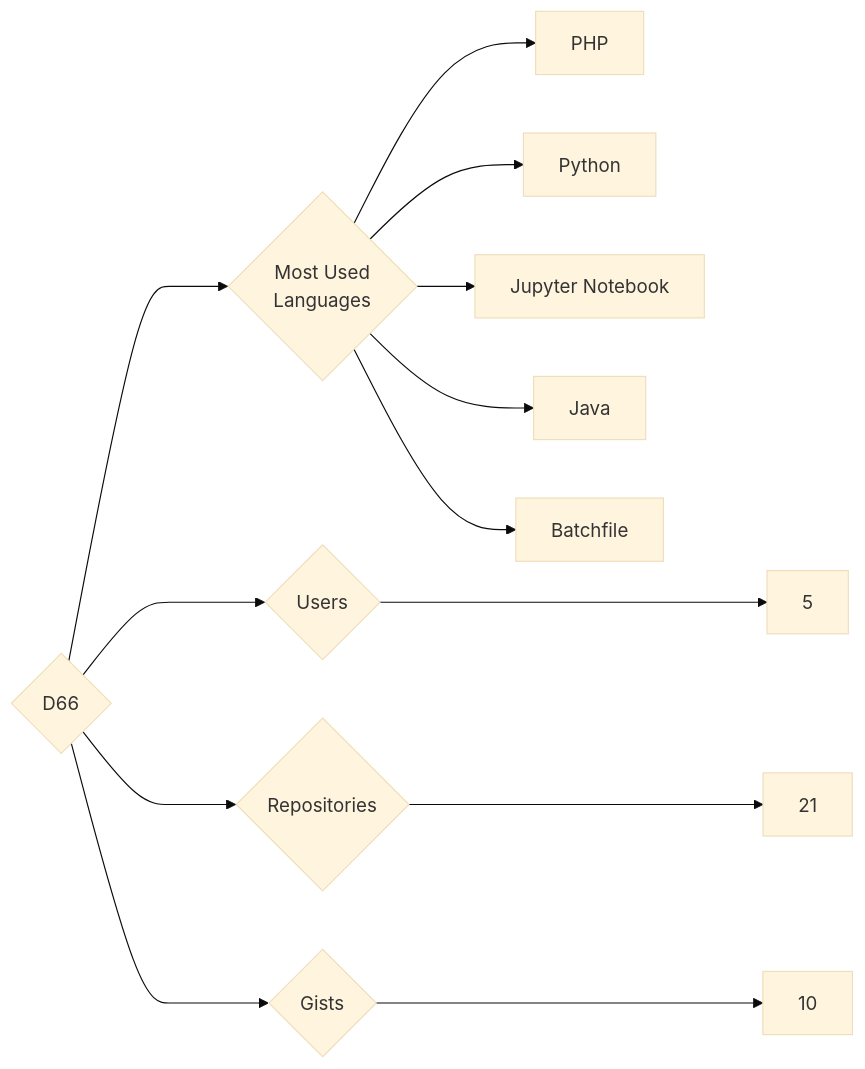
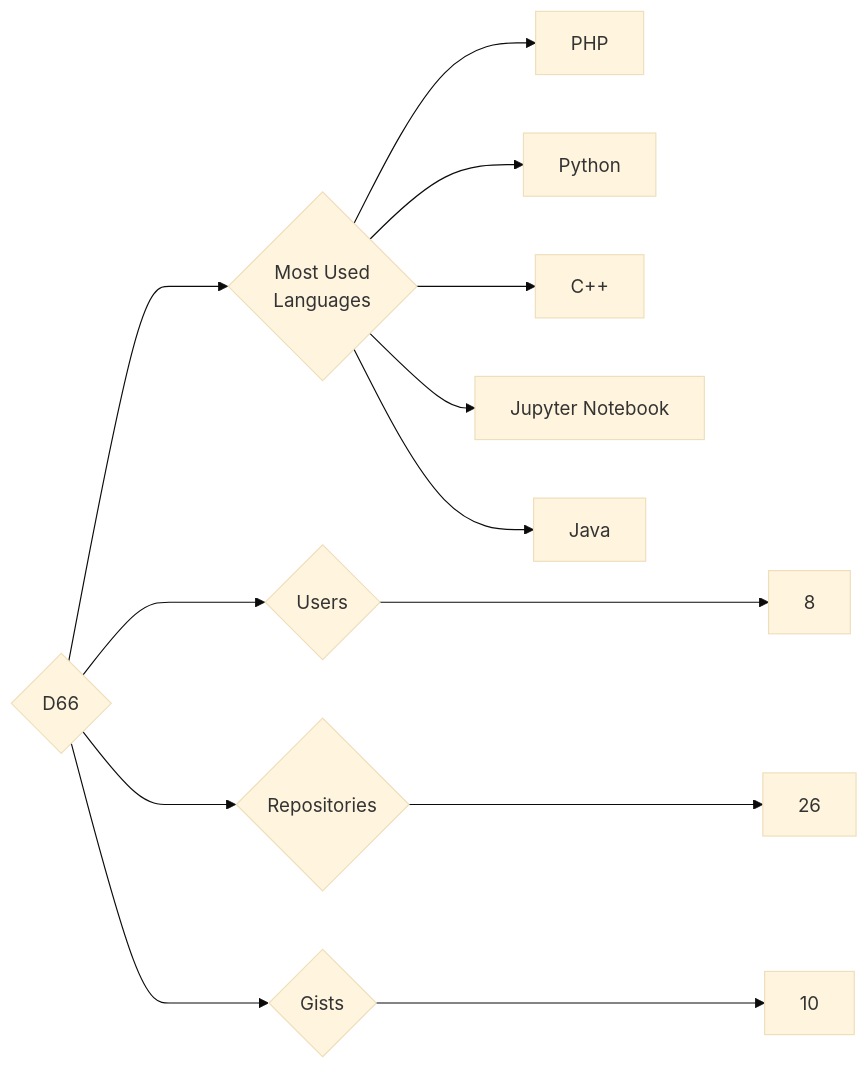
One commit to trickest/insiders changed the diagram in targets/D66/README.md. Above: the diagram before and after it, drawn with Mermaid (base theme). The commit also changed 838 other files, not shown here.

````diff
--- a/targets/D66/README.md
+++ b/targets/D66/README.md
@@ -3,13 +3,13 @@
 ```mermaid
 graph LR
 COMPANY_NAME{D66}
-COMPANY_NAME ---> U{Users} ---> UN[5]
-COMPANY_NAME ---> R{Repositories} ---> RN[21]
+COMPANY_NAME ---> U{Users} ---> UN[8]
+COMPANY_NAME ---> R{Repositories} ---> RN[26]
 COMPANY_NAME ---> G{Gists} ---> GN[10]
 COMPANY_NAME ---> ML{Most Used<br>Languages}
 ML --> PHP[PHP]
 ML --> Python[Python]
+ML --> C++[C++]
 ML --> Jupyter_Notebook[Jupyter Notebook]
 ML --> Java[Java]
-ML --> Batchfile[Batchfile]
 ```
````
